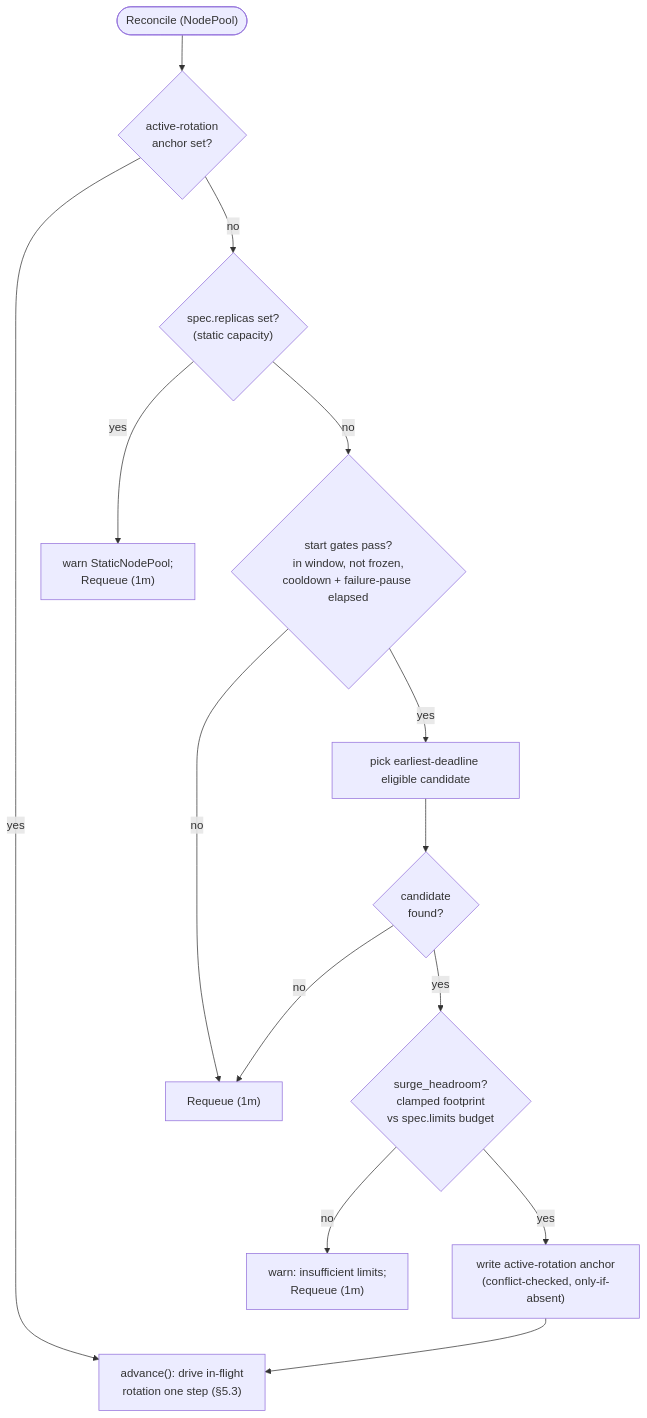
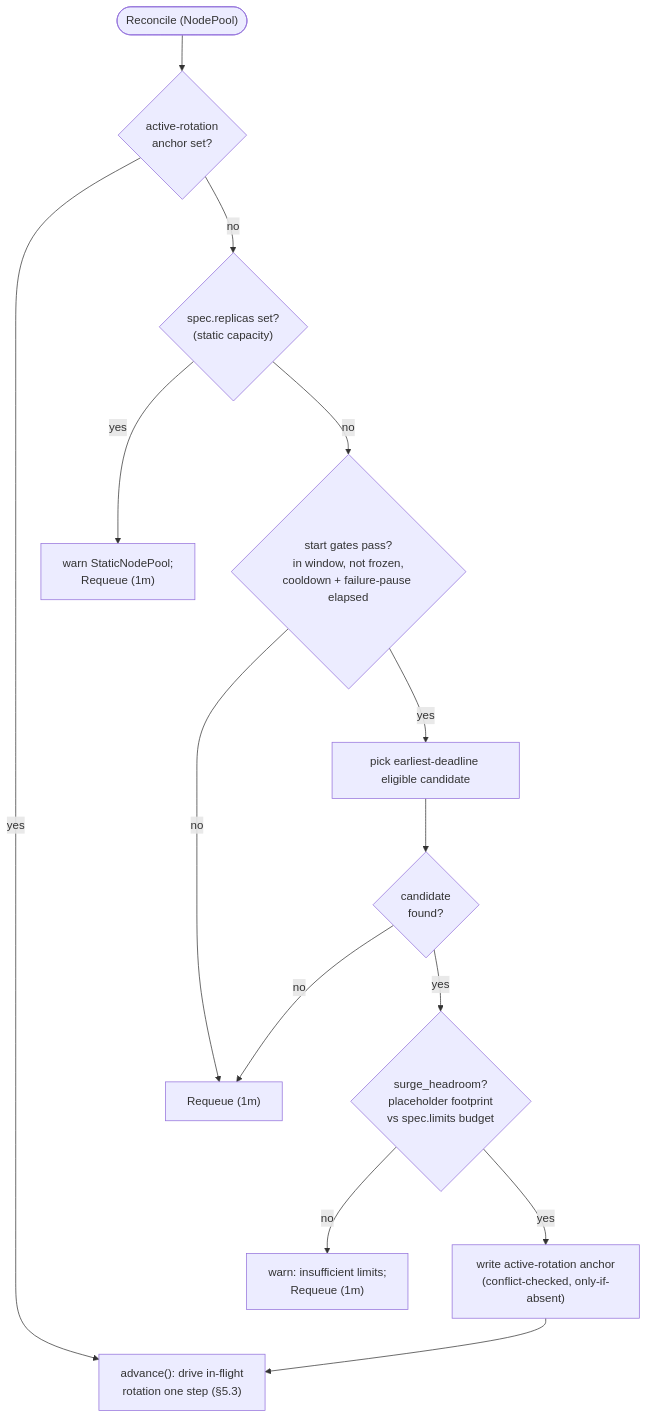
Before and after one commit to AkashiSN/node-rotation-controller: the second of 3 diagrams in docs/specification/05-implementation.md, drawn with Mermaid. The commit also changed other lines of this file and 32 other files, not shown here.

First line of the commit message:
feat(surge): opt-in whole-node surge reservation, and announce the headroom block (#327)

````diff
--- a/docs/specification/05-implementation.md
+++ b/docs/specification/05-implementation.md
@@ -51,16 +51,16 @@
 ```mermaid
 flowchart TD
     entry(["Reconcile (NodePool)"]) --> q1{"active-rotation<br/>anchor set?"}
     q1 -->|yes| adv["advance(): drive in-flight<br/>rotation one step (§5.3)"]
     q1 -->|no| q1b{"spec.replicas set?<br/>(static capacity)"}
     q1b -->|yes| stat["warn StaticNodePool;<br/>Requeue (1m)"]
     q1b -->|no| q2{"start gates pass?<br/>in window, not frozen,<br/>cooldown + failure-pause elapsed"}
     q2 -->|no| rq["Requeue (1m)"]
     q2 -->|yes| pick["pick earliest-deadline eligible candidate"]
     pick --> q3{"candidate<br/>found?"}
     q3 -->|no| rq
-    q3 -->|yes| q4{"surge_headroom?<br/>clamped footprint<br/>vs spec.limits budget"}
+    q3 -->|yes| q4{"surge_headroom?<br/>placeholder footprint<br/>vs spec.limits budget"}
     q4 -->|no| warn["warn: insufficient limits;<br/>Requeue (1m)"]
     q4 -->|yes| anchor["write active-rotation anchor<br/>(conflict-checked, only-if-absent)"]
     anchor --> adv
 ```
````
